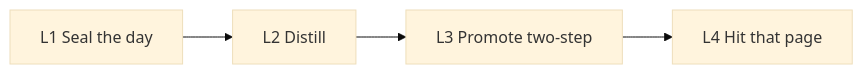
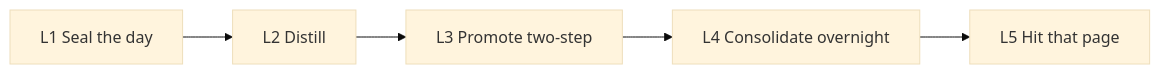
The diagram in README.md (398894496-arch/DSH-KRouter), drawn with Mermaid (base theme) before and after one commit. The commit also changed other lines of this file and 7 other files, not shown here.

````diff
--- a/README.md
+++ b/README.md
@@ -24,6 +24,7 @@
 ```mermaid
 flowchart LR
   L1[L1 Seal the day] --> L2[L2 Distill]
   L2 --> L3[L3 Promote two-step]
-  L3 --> L4[L4 Hit that page]
+  L3 --> L4[L4 Consolidate overnight]
+  L4 --> L5[L5 Hit that page]
 ```
````
